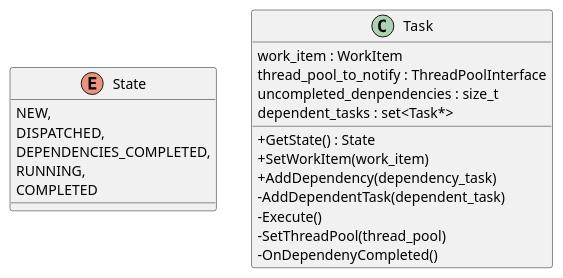
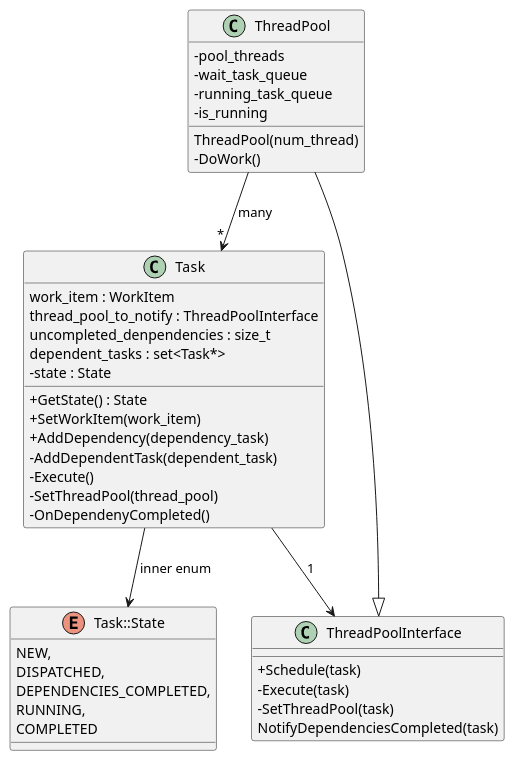
Before and after one commit to Whitby-Li/my_cartographer: the diagram in document/graph/thread_pool.puml, drawn with PlantUML. The commit also changed 39 other files, not shown here.

```diff
--- a/document/graph/thread_pool.puml
+++ b/document/graph/thread_pool.puml
@@ -1,30 +1,57 @@
 @startuml ThreadPoolDiagram
 skinparam classAttributeIconSize 0
-
-' 任务状态
-enum State {
-  NEW,
-  DISPATCHED,
-  DEPENDENCIES_COMPLETED,
-  RUNNING,
-  COMPLETED
-}
 
 ' 任务
 class Task
 {
   +GetState() : State
   +SetWorkItem(work_item)
   +AddDependency(dependency_task)
   -AddDependentTask(dependent_task)
   -Execute()
   -SetThreadPool(thread_pool)
   -OnDependenyCompleted()
 
   work_item : WorkItem
   thread_pool_to_notify : ThreadPoolInterface
   uncompleted_denpendencies : size_t
   dependent_tasks : set<Task*>
+  -state : State
 }
 
+' 任务状态
+enum "Task::State" as State {
+  NEW,
+  DISPATCHED,
+  DEPENDENCIES_COMPLETED,
+  RUNNING,
+  COMPLETED
+}
+
+'线程池接口
+class ThreadPoolInterface
+{
+  +Schedule(task)
+  -Execute(task)
+  -SetThreadPool(task)
+  NotifyDependenciesCompleted(task)
+}
+
+'线程池
+class ThreadPool
+{
+  ThreadPool(num_thread)
+  -DoWork()
+
+  -pool_threads
+  -wait_task_queue
+  -running_task_queue
+  -is_running
+}
+
+Task --> State : inner enum
+Task --> ThreadPoolInterface : 1
+ThreadPool --|>ThreadPoolInterface
+ThreadPool --> "*" Task : many
+
 @enduml
```
